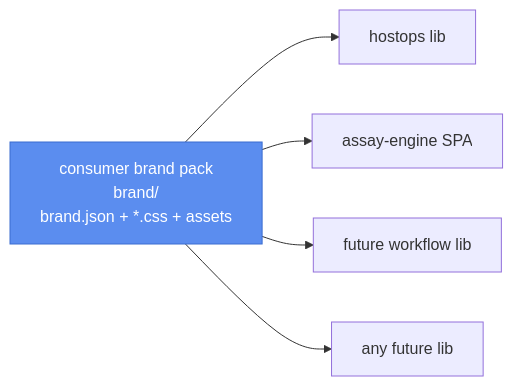
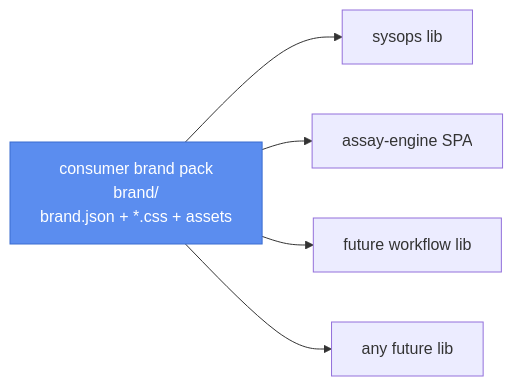
One commit to developerinlondon/assay changed the diagram in .claude/plans/24-universal-brand-pack.md. Above: the diagram before and after it, drawn with Mermaid. The commit also changed other lines of this file and 344 other files, not shown here.

First line of the commit message:
refactor(libs): rename hostops → sysops

````diff
--- a/.claude/plans/24-universal-brand-pack.md
+++ b/.claude/plans/24-universal-brand-pack.md
@@ -12,11 +11,11 @@
 ```mermaid
 flowchart LR
   bp[consumer brand pack<br/>brand/<br/>brand.json + *.css + assets]
-  bp --> ho[hostops lib]
+  bp --> ho[sysops lib]
   bp --> en[assay-engine SPA]
   bp --> wf[future workflow lib]
   bp --> ot[any future lib]
 
   classDef pack fill:#5b8def,stroke:#3a6cd0,color:#fff
   class bp pack
 ```
````
